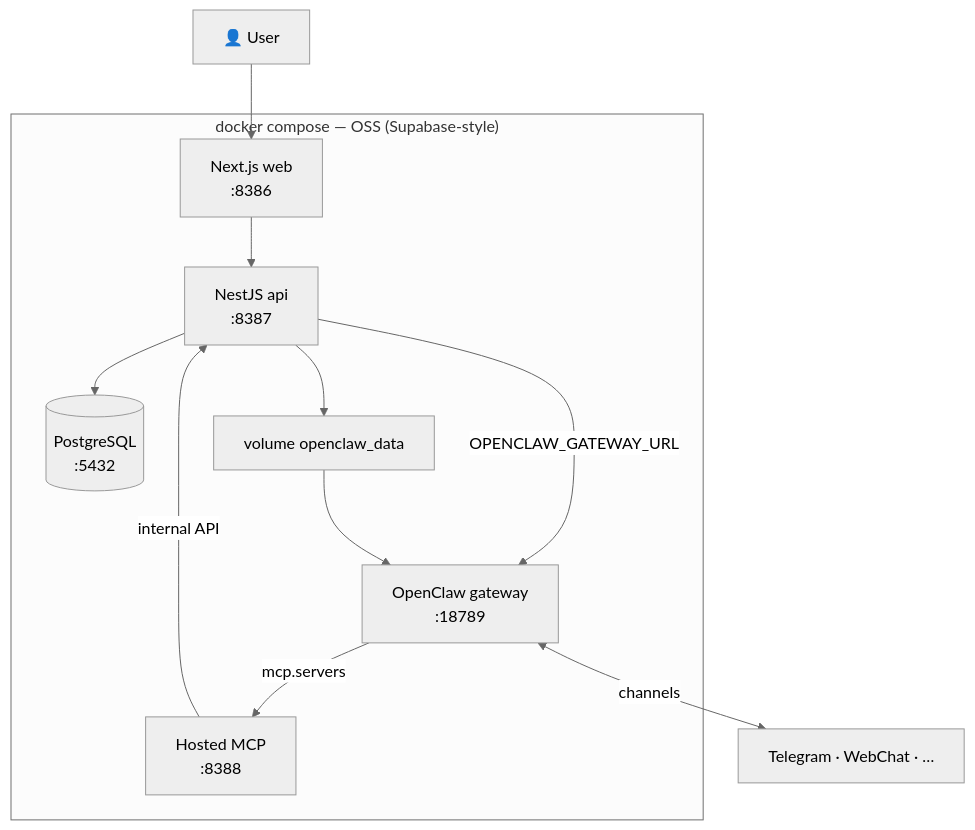
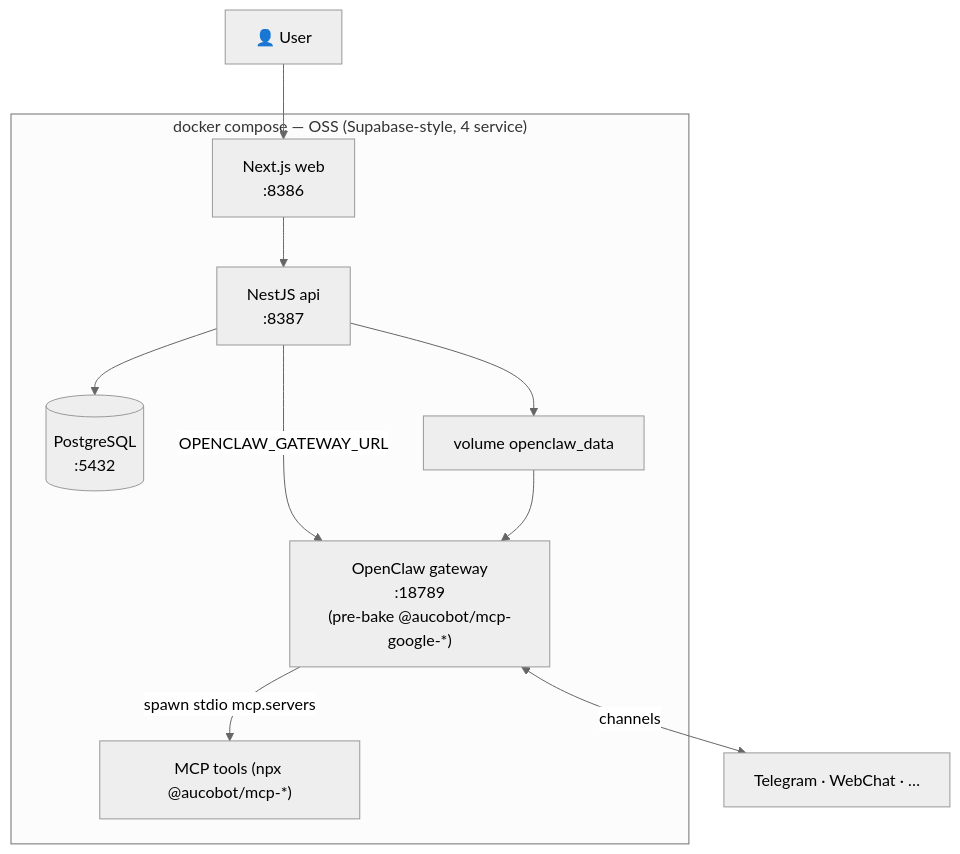
One commit to mankhb2k/claw-dashboard changed the fourth of 17 diagrams in workflow.md. Above: the diagram before and after it, drawn with Mermaid (neutral theme). The commit also changed other lines of this file and 94 other files, not shown here.

Commit message:
update architecture

````diff
--- a/workflow.md
+++ b/workflow.md
@@ -204,20 +202,18 @@
 ```mermaid
 flowchart TB
-    subgraph Compose["docker compose — OSS (Supabase-style)"]
+    subgraph Compose["docker compose — OSS (Supabase-style, 4 service)"]
         FE["Next.js web\n:8386"]
         API["NestJS api\n:8387"]
         DB[("PostgreSQL\n:5432")]
-        MCP["Hosted MCP\n:8388"]
-        GW["OpenClaw gateway\n:18789"]
+        GW["OpenClaw gateway\n:18789\n(pre-bake @aucobot/mcp-google-*)"]
         VOL["volume openclaw_data"]
         FE --> API --> DB
         API --> VOL
         API -->|"OPENCLAW_GATEWAY_URL"| GW
         VOL --> GW
-        GW -->|"mcp.servers"| MCP
-        MCP -->|"internal API"| API
+        GW -->|"spawn stdio mcp.servers"| MCP["MCP tools (npx @aucobot/mcp-*)"]
     end
 
     U["👤 User"] --> FE
     GW <-->|channels| CHAT["Telegram · WebChat · …"]
 ```
````
